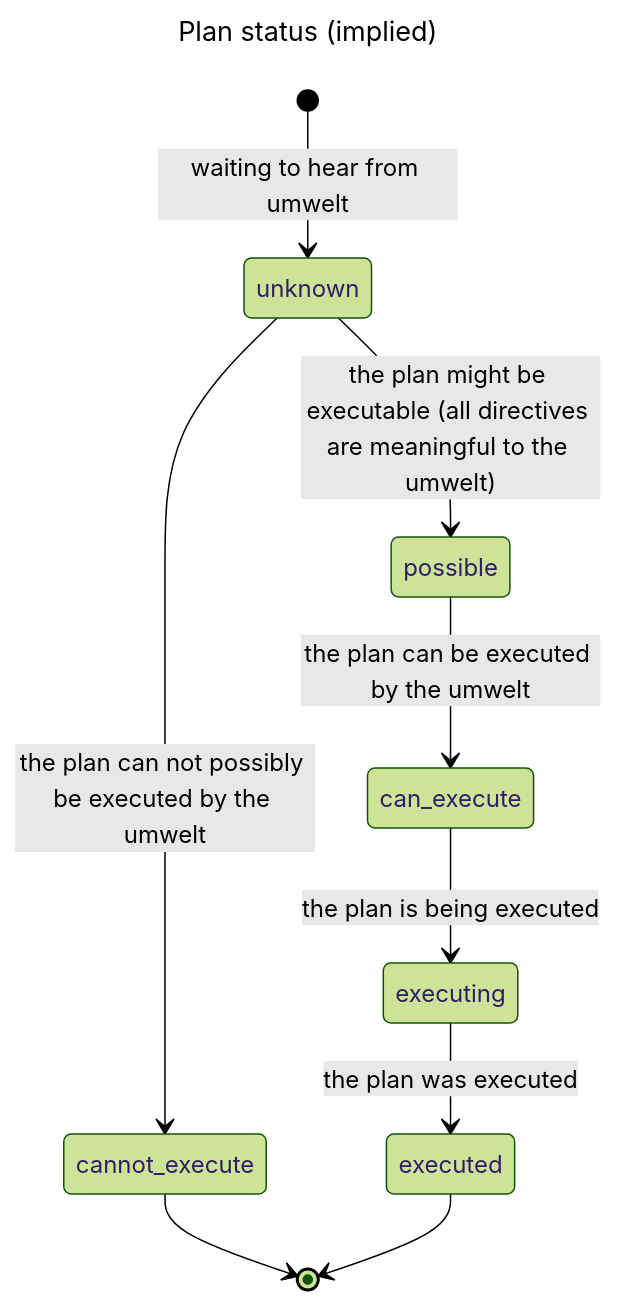
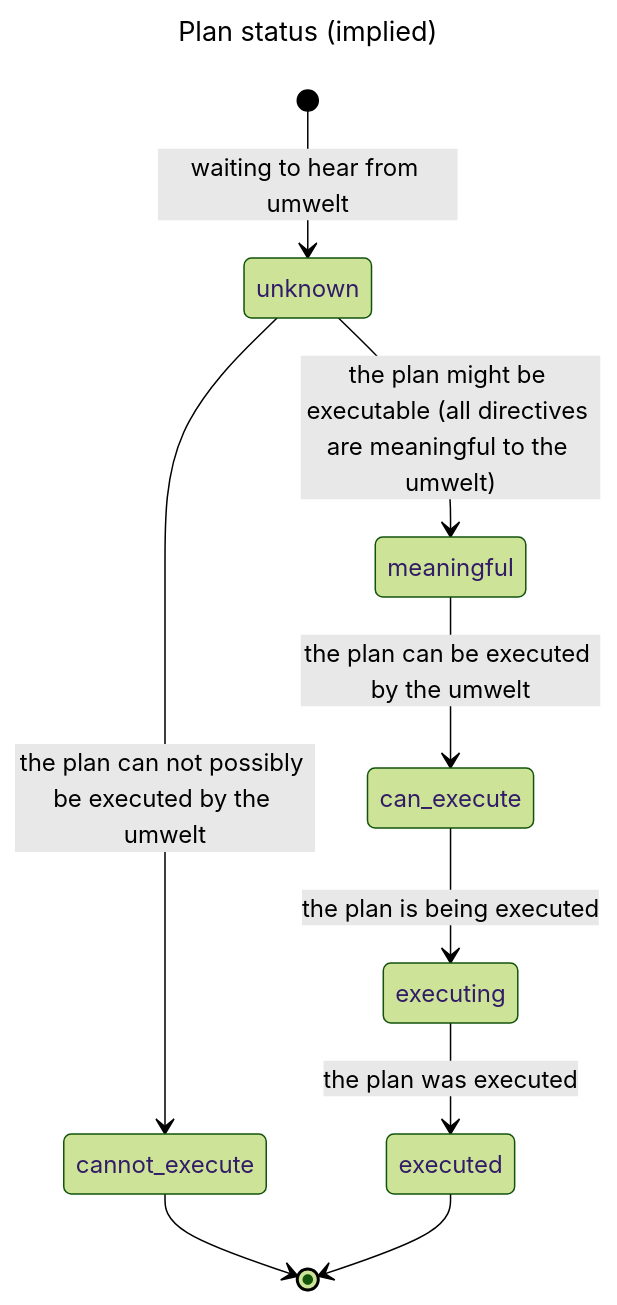
Before and after one commit to jfcloutier/karma_system: the third of 3 diagrams in design_notes/acting.md, drawn with Mermaid (forest theme). The commit also changed other lines of this file, not shown here.

````diff
--- a/design_notes/acting.md
+++ b/design_notes/acting.md
@@ -270,14 +277,14 @@
 ```mermaid
 ---
 title: Plan status (implied)
 ---
 stateDiagram-v2
   [*] --> unknown : waiting to hear from umwelt
-  unknown --> possible : the plan might be executable (all directives are meaningful to the umwelt)
+  unknown --> meaningful : the plan might be executable (all directives are meaningful to the umwelt)
   unknown --> cannot_execute : the plan can not possibly be executed by the umwelt
   cannot_execute --> [*]
-  possible --> can_execute : the plan can be executed by the umwelt
+  meaningful --> can_execute : the plan can be executed by the umwelt
   can_execute --> executing : the plan is being executed
   executing --> executed : the plan was executed
   executed --> [*]
 ```
````
